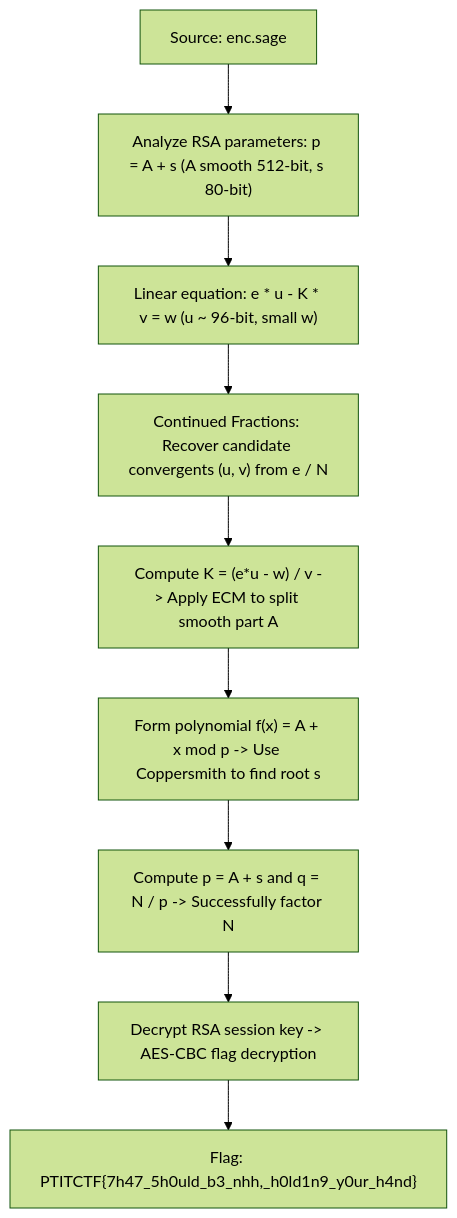
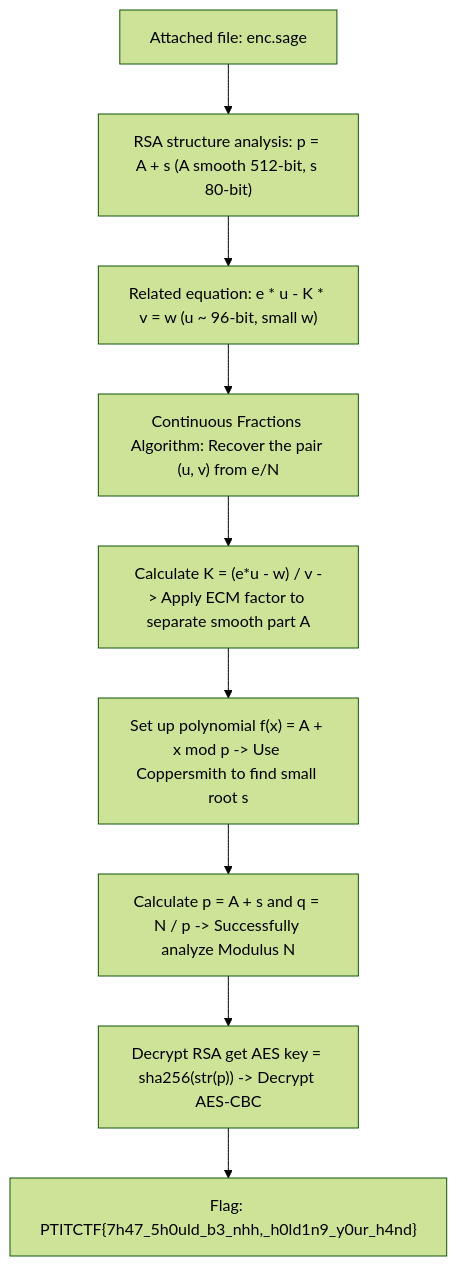
Before and after one commit to Lizamort1/ctf-writeups: the second of 2 diagrams in _posts/2026-08-22-that-should-be-nhh.md, drawn with Mermaid (forest theme). The commit also changed other lines of this file and 42 other files, not shown here.

Commit message:
fix: synchronize bilingual writeups and redraw diagrams

````diff
--- a/_posts/2026-08-22-that-should-be-nhh.md
+++ b/_posts/2026-08-22-that-should-be-nhh.md
@@ -99,11 +100,11 @@
 ```mermaid
 flowchart TD
-    A["Source: enc.sage"] --> B["Analyze RSA parameters: p = A + s (A smooth 512-bit, s 80-bit)"]
-    B --> C["Linear equation: e * u - K * v = w (u ~ 96-bit, small w)"]
-    C --> D["Continued Fractions: Recover candidate convergents (u, v) from e / N"]
-    D --> E["Compute K = (e*u - w) / v -> Apply ECM to split smooth part A"]
-    E --> F["Form polynomial f(x) = A + x mod p -> Use Coppersmith to find root s"]
-    F --> G["Compute p = A + s and q = N / p -> Successfully factor N"]
-    G --> H["Decrypt RSA session key -> AES-CBC flag decryption"]
+    A["Attached file: enc.sage"] --> B["RSA structure analysis: p = A + s (A smooth 512-bit, s 80-bit)"]
+    B --> C["Related equation: e * u - K * v = w (u ~ 96-bit, small w)"]
+    C --> D["Continuous Fractions Algorithm: Recover the pair (u, v) from e/N"]
+    D --> E["Calculate K = (e*u - w) / v -> Apply ECM factor to separate smooth part A"]
+    E --> F["Set up polynomial f(x) = A + x mod p -> Use Coppersmith to find small root s"]
+    F --> G["Calculate p = A + s and q = N / p -> Successfully analyze Modulus N"]
+    G --> H["Decrypt RSA get AES key = sha256(str(p)) -> Decrypt AES-CBC"]
     H --> I["Flag: PTITCTF{7h47_5h0uld_b3_nhh,_h0ld1n9_y0ur_h4nd}"]
 ```
````
